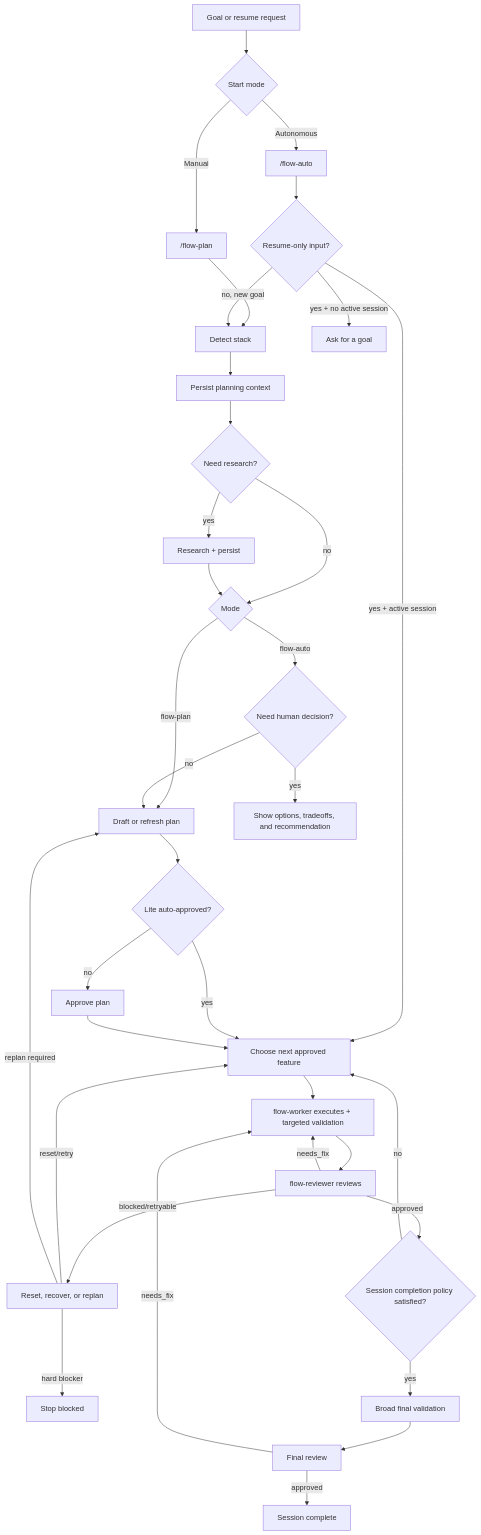
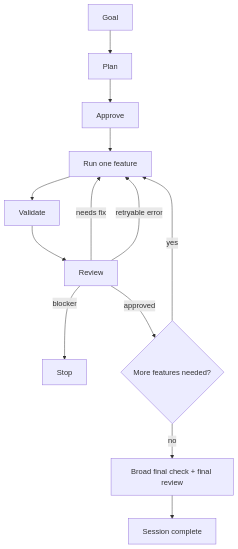
One commit to ddv1982/flow-opencode changed the diagram in README.md. Above: the diagram before and after it, drawn with Mermaid. The commit also changed other lines of this file, not shown here.

````diff
--- a/README.md
+++ b/README.md
@@ -223,43 +186,15 @@
 ```mermaid
 flowchart TD
-    A[Goal or resume request] --> B{Start mode}
-    B -->|Manual| C["/flow-plan"]
-    B -->|Autonomous| D["/flow-auto"]
-
-    C --> E[Detect stack]
-    D --> D1{Resume-only input?}
-    D1 -->|yes + active session| N
-    D1 -->|yes + no active session| D2[Ask for a goal]
-    D1 -->|no, new goal| E
-
-    E --> F[Persist planning context]
-    F --> G{Need research?}
-    G -->|yes| H[Research + persist]
-    G -->|no| I{Mode}
-    H --> I
-
-    I -->|flow-plan| J[Draft or refresh plan]
-    I -->|flow-auto| K{Need human decision?}
-    K -->|yes| L[Show options, tradeoffs, and recommendation]
-    K -->|no| J
-
-    J --> M{Lite auto-approved?}
-    M -->|yes| N
-    M -->|no| M2[Approve plan]
-    M2 --> N[Choose next approved feature]
-    N --> O[flow-worker executes + targeted validation]
-    O --> P[flow-reviewer reviews]
-    P -->|needs_fix| O
-    P -->|blocked/retryable| Q[Reset, recover, or replan]
-    P -->|approved| R{Session completion policy satisfied?}
-
-    Q -->|reset/retry| N
-    Q -->|replan required| J
-    Q -->|hard blocker| X[Stop blocked]
-
-    R -->|no| N
-    R -->|yes| S[Broad final validation]
-    S --> T[Final review]
-    T -->|needs_fix| O
-    T -->|approved| U[Session complete]
+    A[Goal] --> B[Plan]
+    B --> C[Approve]
+    C --> D[Run one feature]
+    D --> E[Validate]
+    E --> F[Review]
+    F -->|needs fix| D
+    F -->|retryable error| D
+    F -->|blocker| X[Stop]
+    F -->|approved| G{More features needed?}
+    G -->|yes| D
+    G -->|no| H[Broad final check + final review]
+    H --> I[Session complete]
 ```
````
